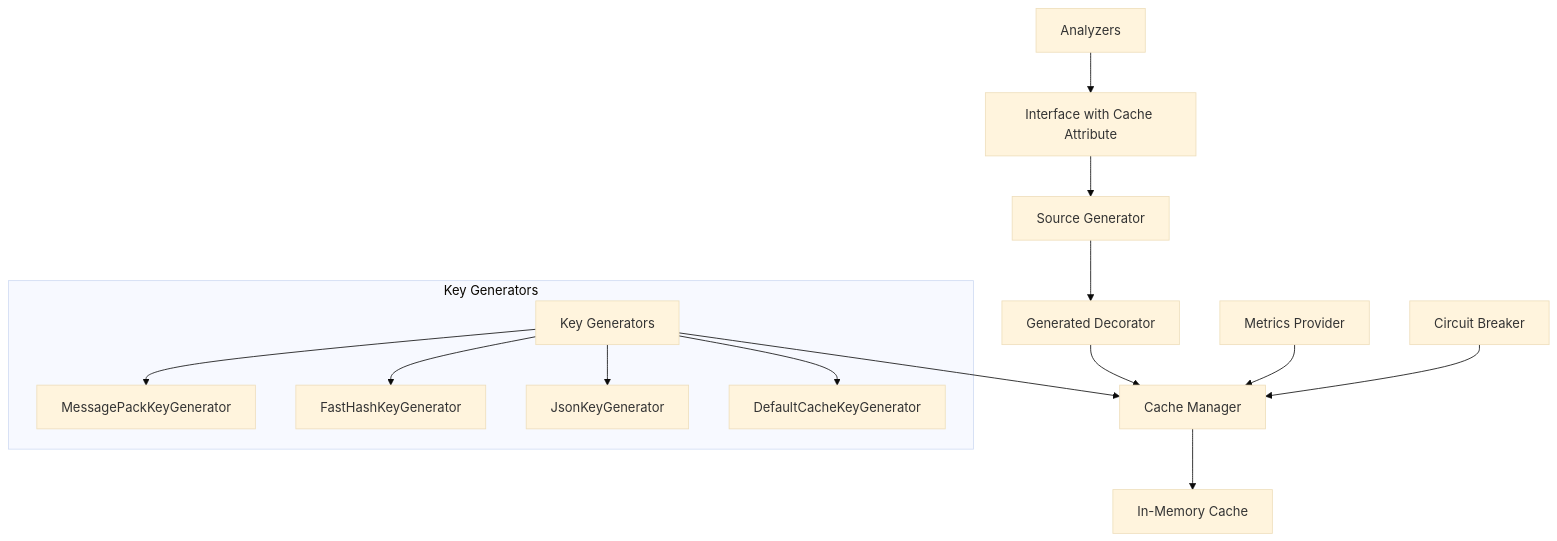
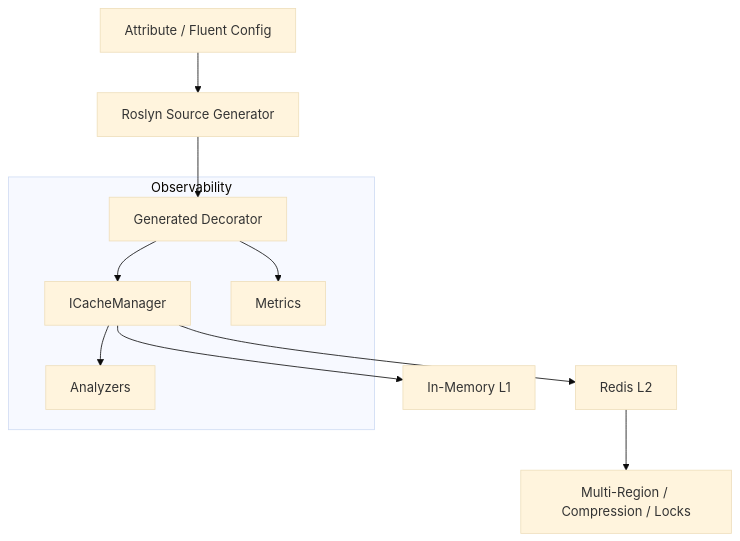
Before and after one commit to eoniclabs/MethodCache: the diagram in README.md, drawn with Mermaid (base theme). The commit also changed other lines of this file and 1 other file, not shown here.

````diff
--- a/README.md
+++ b/README.md
@@ -359,19 +197,14 @@
 ```mermaid
 graph TB
-    A["Interface with Cache Attribute"] --> B[Source Generator]
+    A[Attribute / Fluent Config] --> B[Roslyn Source Generator]
     B --> C[Generated Decorator]
-    C --> D[Cache Manager]
-    D --> E[In-Memory Cache]
-    
-    F[Analyzers] --> A
-    G[Key Generators] --> D
-    H[Metrics Provider] --> D
-    I[Circuit Breaker] --> D
-    
-    subgraph "Key Generators"
-        G --> J[MessagePackKeyGenerator]
-        G --> K[FastHashKeyGenerator] 
-        G --> L[JsonKeyGenerator]
-        G --> M[DefaultCacheKeyGenerator]
+    C --> D[ICacheManager]
+    D --> E[In-Memory L1]
+    D --> F[Redis L2]
+    F --> G[Multi-Region / Compression / Locks]
+
+    subgraph Observability
+        C --> H[Metrics]
+        D --> I[Analyzers]
     end
 ```
````
